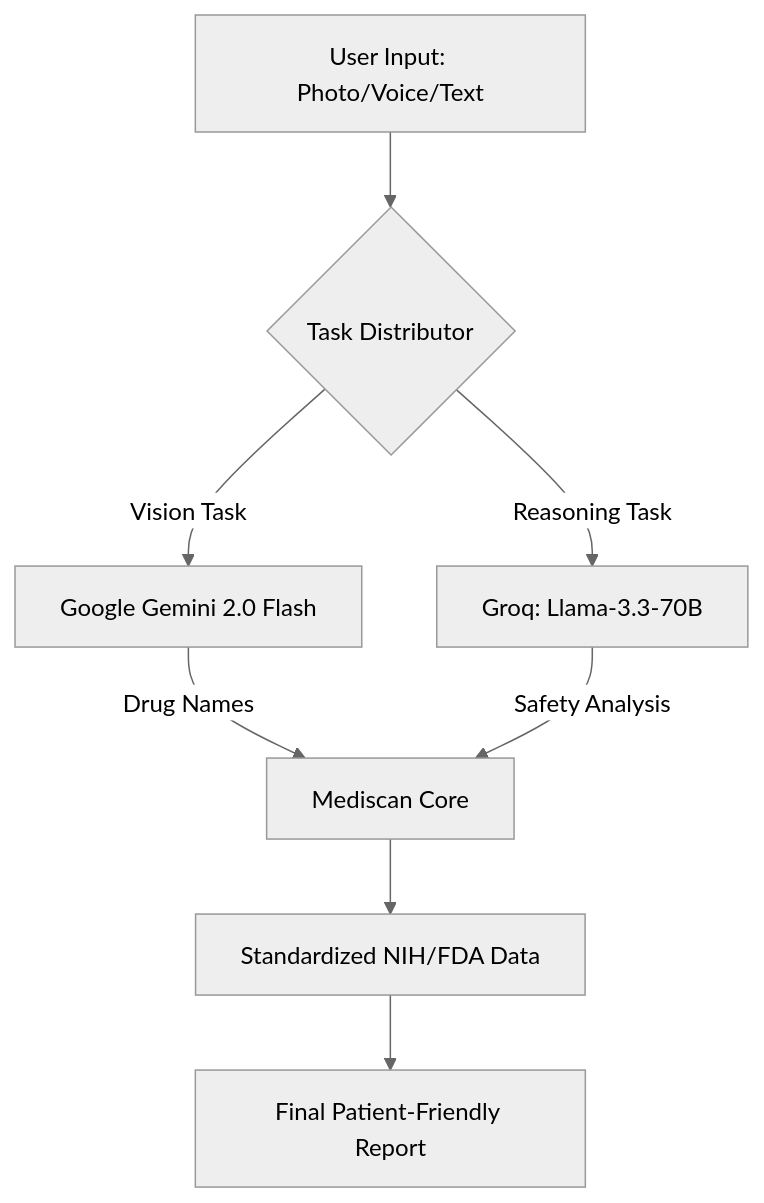
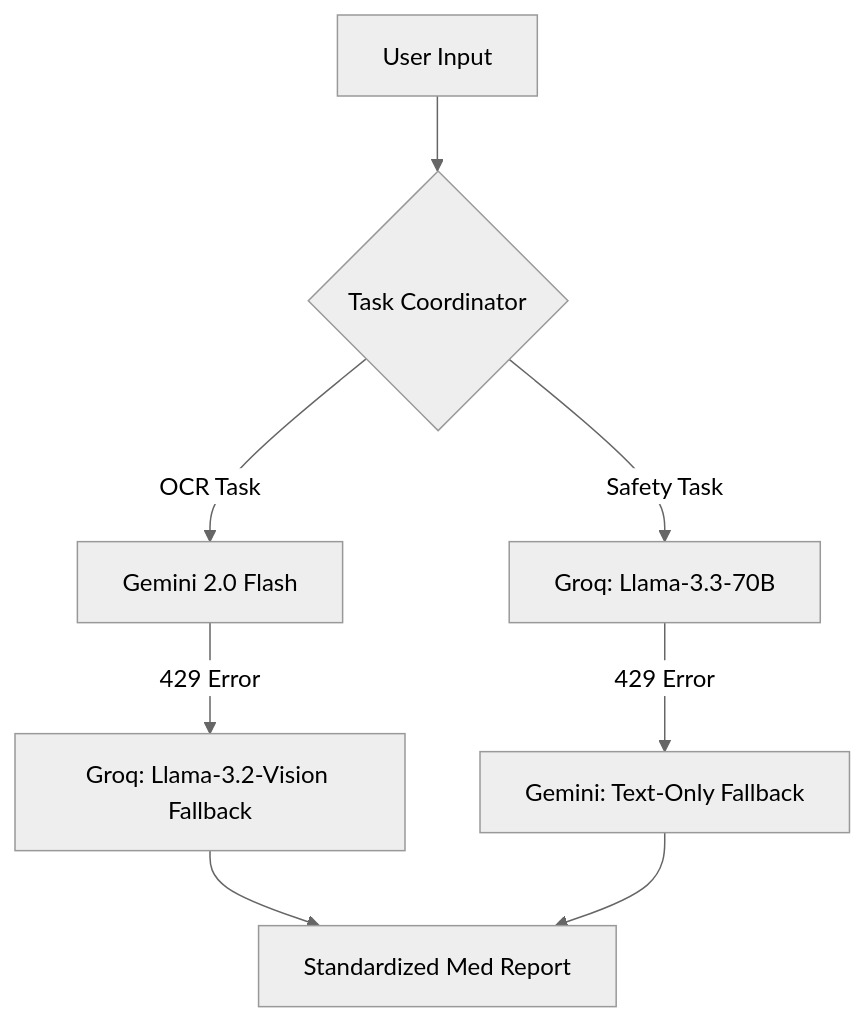
One commit to PrachiKumari04/Mediscan-Safety changed the diagram in README.md. Above: the diagram before and after it, drawn with Mermaid (neutral theme). The commit also changed other lines of this file and 4 other files, not shown here.

Commit message:
feat: Implement Bidirectional Fallback (Triple-Engine Resilience) for Gemini and Groq

````diff
--- a/README.md
+++ b/README.md
@@ -15,10 +15,10 @@
 ```mermaid
 graph TD
-    A[User Input: Photo/Voice/Text] --> B{Task Distributor}
-    B -->|Vision Task| C[Google Gemini 2.0 Flash]
-    B -->|Reasoning Task| D[Groq: Llama-3.3-70B]
-    C -->|Drug Names| E[Mediscan Core]
-    D -->|Safety Analysis| E
-    E --> F[Standardized NIH/FDA Data]
-    F --> G[Final Patient-Friendly Report]
+    A[User Input] --> B{Task Coordinator}
+    B -->|OCR Task| C[Gemini 2.0 Flash]
+    C -- 429 Error --> D[Groq: Llama-3.2-Vision Fallback]
+    B -->|Safety Task| E[Groq: Llama-3.3-70B]
+    E -- 429 Error --> F[Gemini: Text-Only Fallback]
+    D --> G[Standardized Med Report]
+    F --> G
 ```
````
